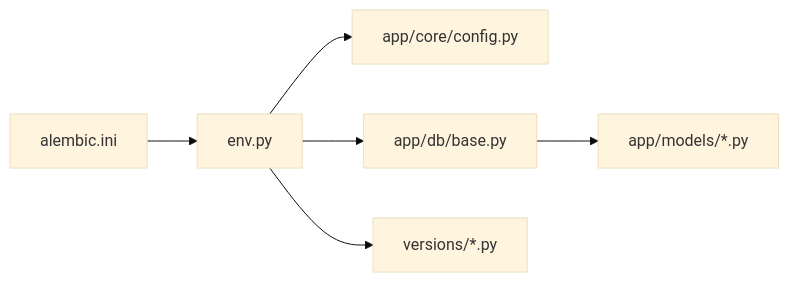
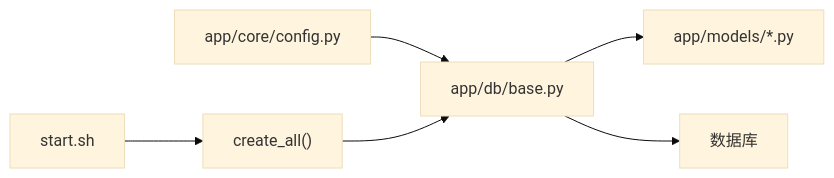
The third of 3 diagrams in .qoder/repowiki/zh/content/数据库设计/数据库迁移管理.md (Miyuan2018/ruicheng-edu-system), drawn with Mermaid (base theme) before and after one commit. The commit also changed other lines of this file and 4 other files, not shown here.

````diff
--- a/.qoder/repowiki/zh/content/数据库设计/数据库迁移管理.md
+++ b/.qoder/repowiki/zh/content/数据库设计/数据库迁移管理.md
@@ -192,8 +174,8 @@
 ```mermaid
 graph LR
-Ini["alembic.ini"] --> Env["env.py"]
-Env --> DBURL["app/core/config.py"]
-Env --> Meta["app/db/base.py"]
-Meta --> Models["app/models/*.py"]
-Env --> Versions["versions/*.py"]
+Config["app/core/config.py"] --> Base["app/db/base.py"]
+Base --> Models["app/models/*.py"]
+Start["start.sh"] --> Init["create_all()"]
+Init --> Base
+Base --> DB["数据库"]
 ```
````
